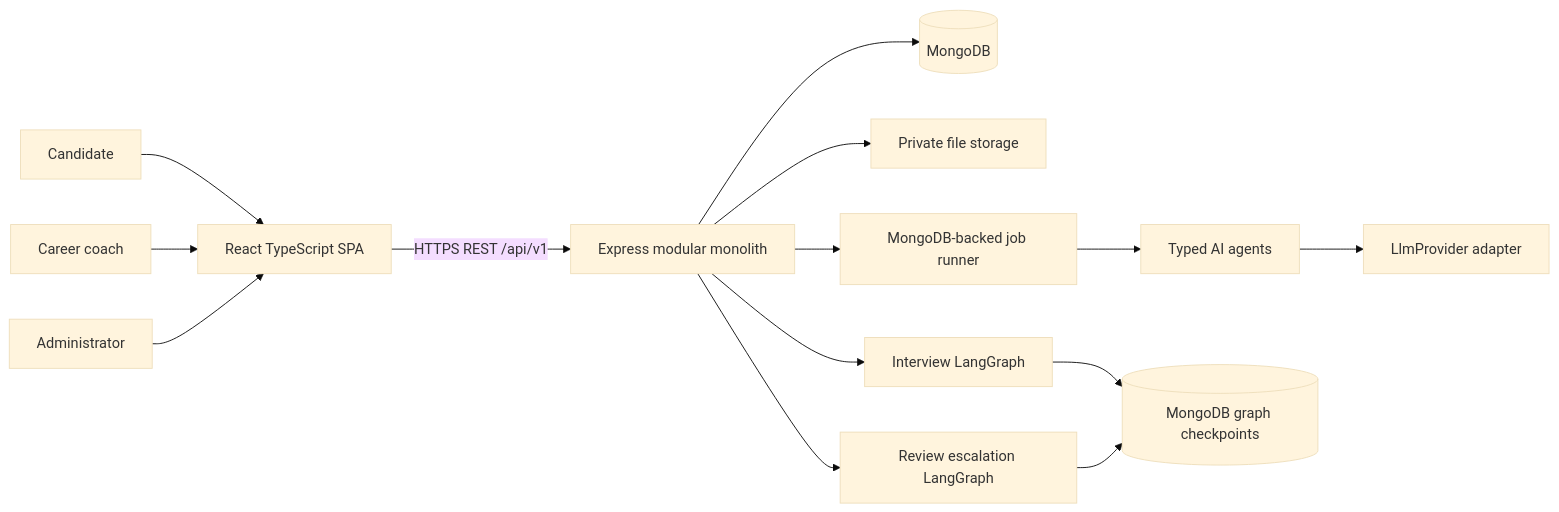
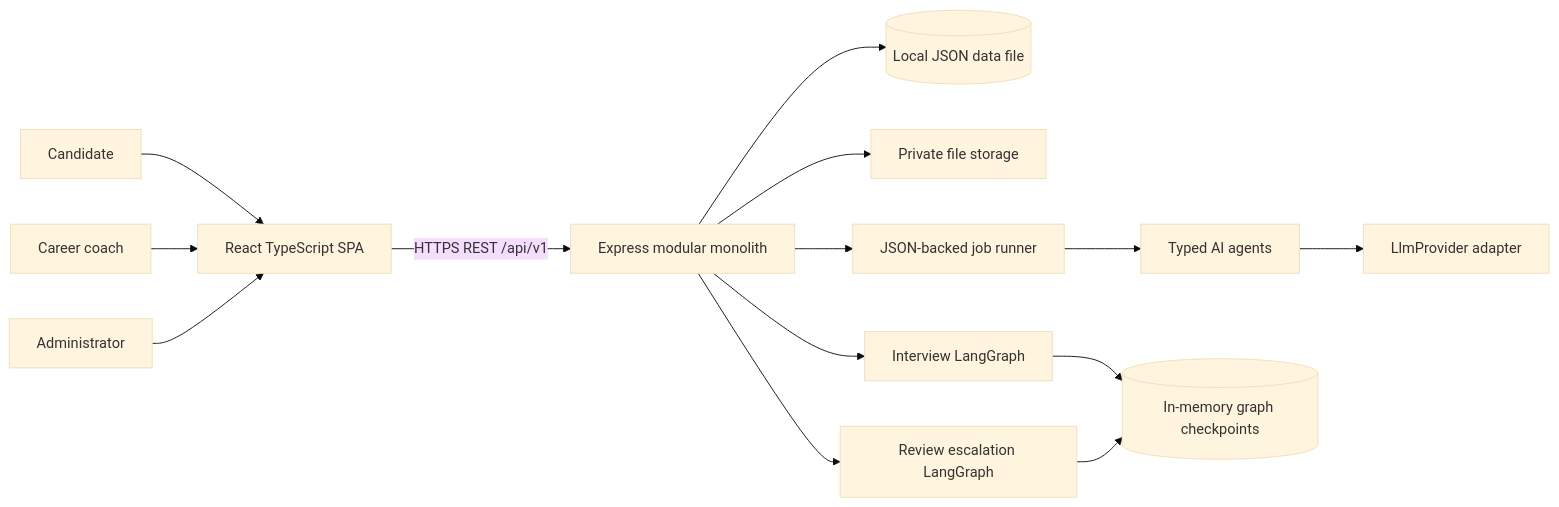
One commit to busisiweMailula/AI_Coach changed the diagram in docs/architecture/diagrams/system-context.mmd. Above: the diagram before and after it, drawn with Mermaid (base theme). The commit also changed 68 other files, not shown here.

```diff
--- a/docs/architecture/diagrams/system-context.mmd
+++ b/docs/architecture/diagrams/system-context.mmd
@@ -1,14 +1,14 @@
 flowchart LR
   Candidate[Candidate] --> SPA[React TypeScript SPA]
   Coach[Career coach] --> SPA
   Admin[Administrator] --> SPA
   SPA -->|HTTPS REST /api/v1| API[Express modular monolith]
-  API --> Mongo[(MongoDB)]
+  API --> JSON[(Local JSON data file)]
   API --> Storage[Private file storage]
-  API --> Jobs[MongoDB-backed job runner]
+  API --> Jobs[JSON-backed job runner]
   Jobs --> Agents[Typed AI agents]
   Agents --> Provider[LlmProvider adapter]
   API --> Interview[Interview LangGraph]
   API --> Review[Review escalation LangGraph]
-  Interview --> Checkpoints[(MongoDB graph checkpoints)]
+  Interview --> Checkpoints[(In-memory graph checkpoints)]
   Review --> Checkpoints
```
